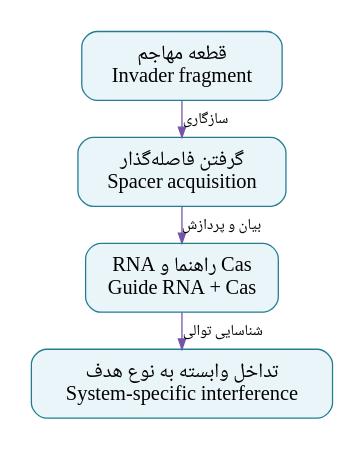
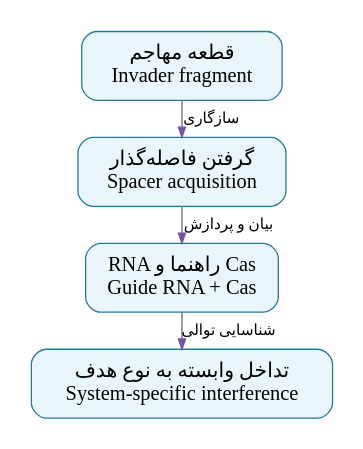
The diagram in figures/12/step-34.dot (4mirgr/Yasi), drawn with Graphviz before and after one commit. The commit also changed 281 other files, not shown here.

```diff
--- a/figures/12/step-34.dot
+++ b/figures/12/step-34.dot
@@ -1,12 +1,12 @@
 digraph G {
 graph [rankdir=TB, bgcolor="white", pad="0.2", nodesep="0.3", ranksep="0.2", size="7,3.5", ratio="compress"];
-node [shape=box, style="rounded,filled", fillcolor="#eaf5fa", color="#247c91", fontname="Noto Naskh Arabic", fontsize=16, margin="0.16,0.12"];
-edge [color="#7454a5", arrowsize=0.8, fontname="Noto Naskh Arabic", fontsize=12];
+node [shape=box, style="rounded,filled", fillcolor="#eaf5fa", color="#247c91", fontname="Vazirmatn", fontsize=16, margin="0.16,0.12"];
+edge [color="#7454a5", arrowsize=0.8, fontname="Vazirmatn", fontsize=12];
 n0 [label="قطعه مهاجم\nInvader fragment"];
 n1 [label="گرفتن فاصله‌گذار\nSpacer acquisition"];
 n2 [label="RNA راهنما و Cas\nGuide RNA + Cas"];
 n3 [label="تداخل وابسته به نوع هدف\nSystem-specific interference"];
 n0 -> n1 [label="سازگاری"];
 n1 -> n2 [label="بیان و پردازش"];
 n2 -> n3 [label="شناسایی توالی"];
 }
```
